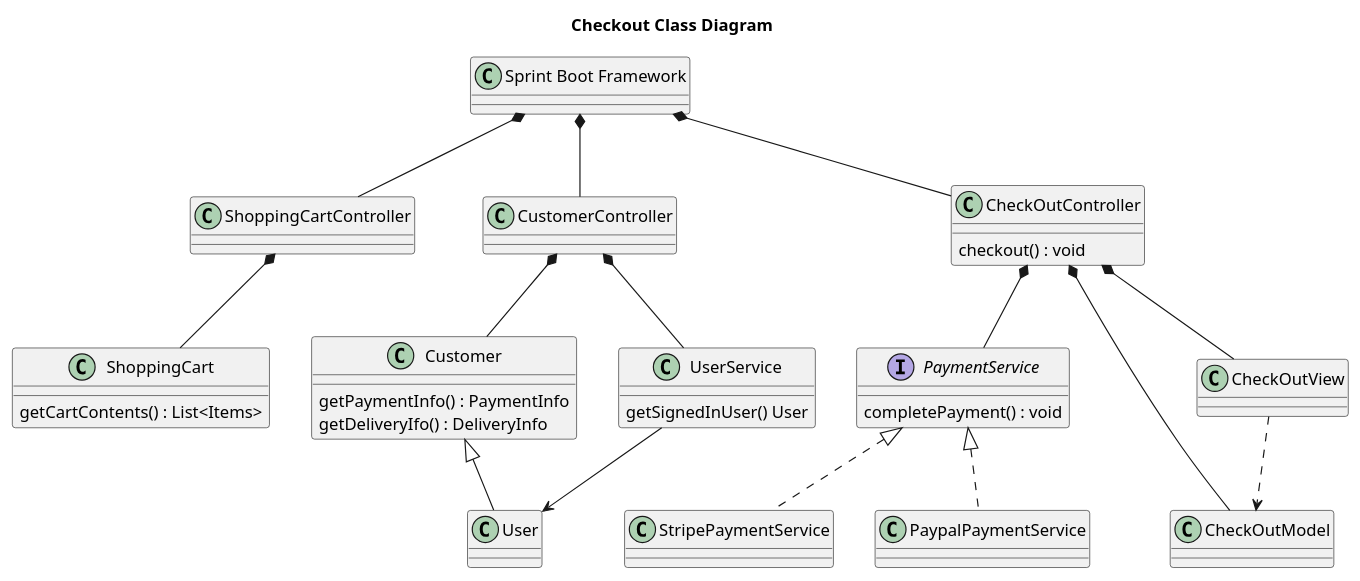
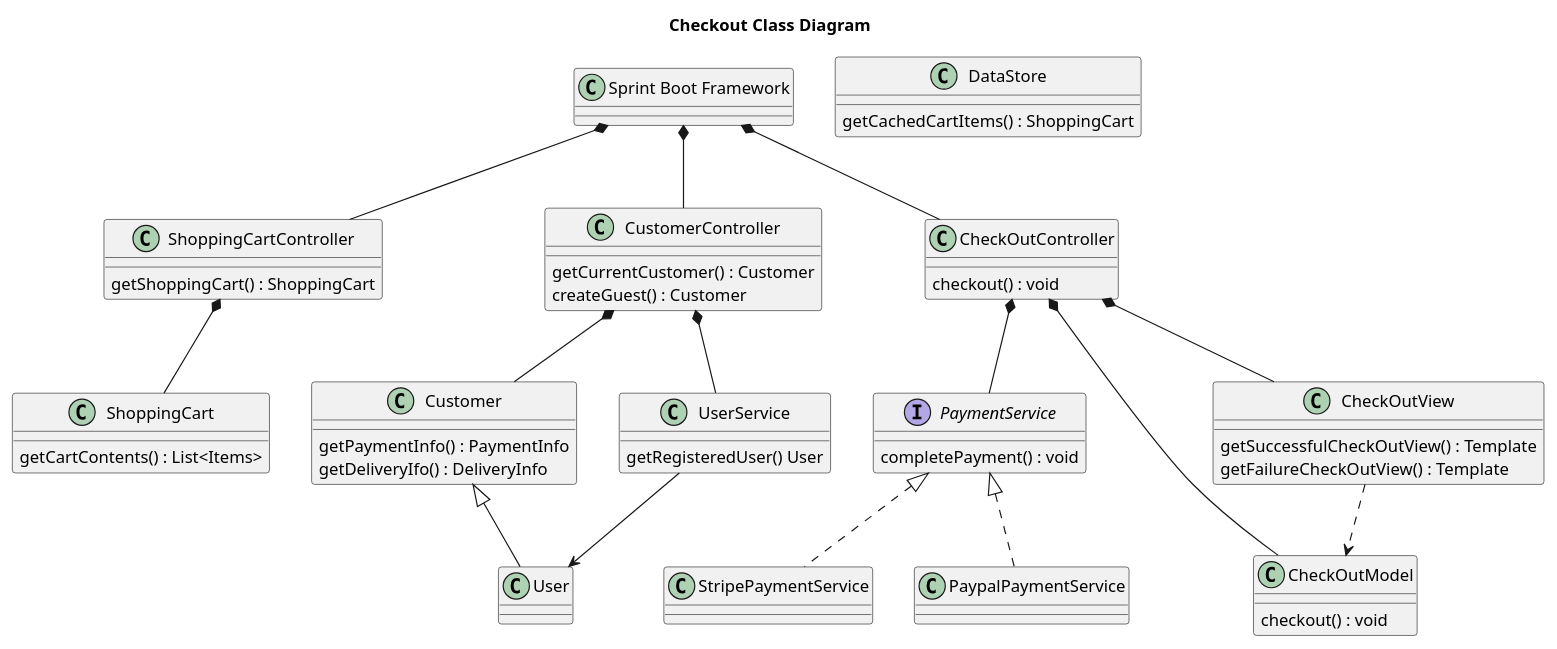
Before and after one commit to Rockie156/se577-train-system: the diagram in docs/class/checkout.puml, drawn with PlantUML. The commit also changed 1 other file, not shown here.

Commit message:
Updated diagrams per Saffat feedback
Added a failure option for payment so that we call a different method in
view.  Added the methods that were added to the sequence diagram into
the class diagram.

```diff
--- a/docs/class/checkout.puml
+++ b/docs/class/checkout.puml
@@ -1,57 +1,74 @@
 @startuml
 
 title Checkout Class Diagram
 
 class "Sprint Boot Framework" as SBF
 SBF *-- ShoppingCartController
 SBF *-- CustomerController
 SBF *-- CheckOutController
 ShoppingCartController *-- ShoppingCart
 
+class ShoppingCartController {
+getShoppingCart() : ShoppingCart
+}
+
+class DataStore {
+getCachedCartItems() : ShoppingCart
+}
 
 class ShoppingCart {
 __
 getCartContents() : List<Items>
 }
 
 class CustomerController {
 __
-'getCurrentCustomer() : Customer
+getCurrentCustomer() : Customer
+createGuest() : Customer
 }
 
 class Customer {
 __
 getPaymentInfo() : PaymentInfo
 getDeliveryIfo() : DeliveryInfo
 }
 
 class UserService {
 __
-getSignedInUser() User
+getRegisteredUser() User
 }
 
 User -up-|> Customer
 CustomerController *-- UserService
 CustomerController *-- Customer
 UserService--> User
 
 class CheckOutController {
 __
 checkout() : void
 }
 
+class CheckOutModel {
+__
+checkout() : void
+}
 interface PaymentService {
 completePayment() : void
+}
+
+class CheckOutView {
+getSuccessfulCheckOutView() : Template
+getFailureCheckOutView() : Template
 }
 
 StripePaymentService .up.|> PaymentService
 PaypalPaymentService .up.|> PaymentService
 
 CheckOutController *-- PaymentService
 CheckOutController *-- CheckOutModel
 CheckOutController *-- CheckOutView
 CheckOutView ..> CheckOutModel
 'ObserverPattern or Pub/Sub needed to be added...
 '  if someone else buys last item, shopping cart should be updated...
 'View may need to be updated
 @enduml
```
